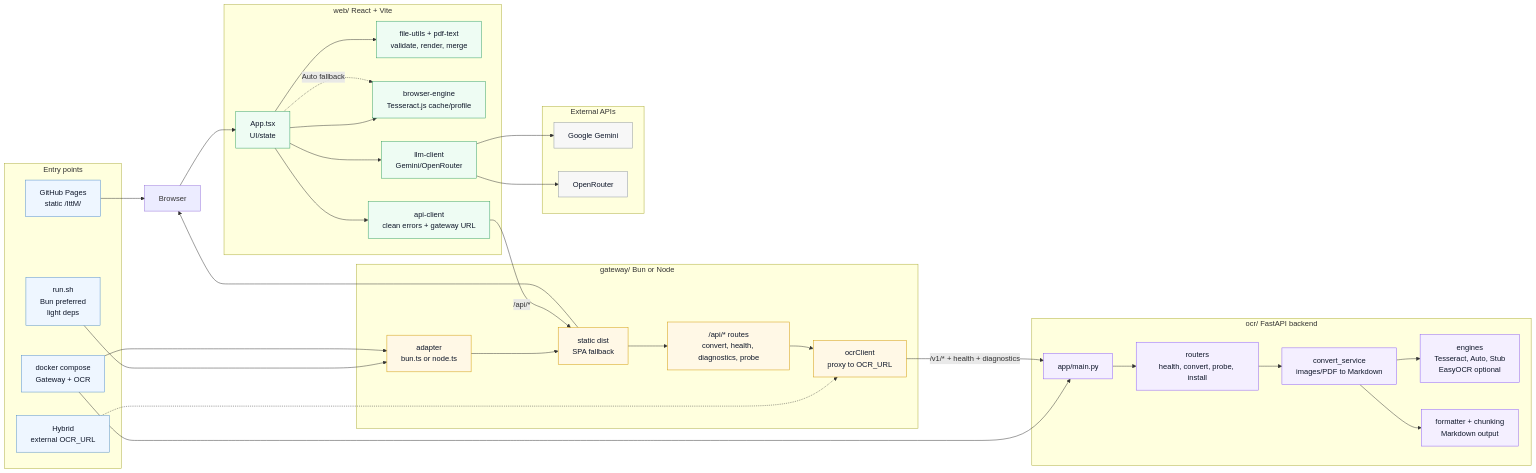
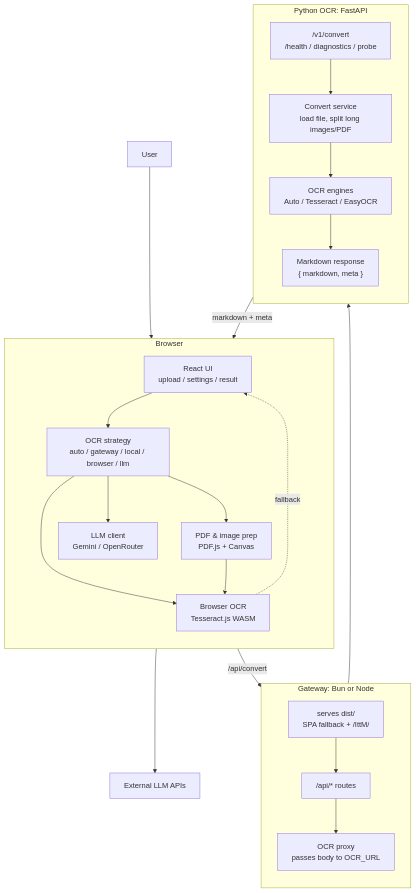
The diagram in README.md (AI-paca/IttM), drawn with Mermaid before and after one commit. The commit also changed other lines of this file and 11 other files, not shown here.

Commit message:
refactor(ui): split App

````diff
--- a/README.md
+++ b/README.md
@@ -95,80 +92,50 @@
 ```mermaid
-flowchart LR
-    Browser["Browser"]
+flowchart TB
+    User["User"]
 
-    subgraph Entry ["Entry points"]
-        Pages["GitHub Pages\nstatic /IttM/"]
-        Run["run.sh\nBun preferred\nlight deps"]
-        Compose["docker compose\nGateway + OCR"]
-        Hybrid["Hybrid\nexternal OCR_URL"]
+    subgraph Browser["Browser"]
+        direction TB
+        UI["React UI<br/>upload / settings / result"]
+        Strategy["OCR strategy<br/>auto / gateway / local / browser / llm"]
+        Pdf["PDF & image prep<br/>PDF.js + Canvas"]
+        BrowserOcr["Browser OCR<br/>Tesseract.js WASM"]
+        Llm["LLM client<br/>Gemini / OpenRouter"]
+
+        UI --> Strategy
+        Strategy --> Pdf
+        Strategy --> BrowserOcr
+        Pdf --> BrowserOcr
+        Strategy --> Llm
     end
 
-    subgraph Web ["web/ React + Vite"]
-        App["App.tsx\nUI/state"]
-        Files["file-utils + pdf-text\nvalidate, render, merge"]
-        BrowserOCR["browser-engine\nTesseract.js cache/profile"]
-        ApiClient["api-client\nclean errors + gateway URL"]
-        LlmClient["llm-client\nGemini/OpenRouter"]
+    subgraph Gateway["Gateway: Bun or Node"]
+        direction TB
+        Static["serves dist/<br/>SPA fallback + /IttM/"]
+        Routes["/api/* routes"]
+        Proxy["OCR proxy<br/>passes body to OCR_URL"]
+
+        Static --> Routes
+        Routes --> Proxy
     end
 
-    subgraph Gateway ["gateway/ Bun or Node"]
-        Adapter["adapter\nbun.ts or node.ts"]
-        Static["static dist\nSPA fallback"]
-        Routes["/api/* routes\nconvert, health, diagnostics, probe"]
-        Proxy["ocrClient\nproxy to OCR_URL"]
+    subgraph Python["Python OCR: FastAPI"]
+        direction TB
+        Api["/v1/convert<br/>/health / diagnostics / probe"]
+        Convert["Convert service<br/>load file, split long images/PDF"]
+        Engines["OCR engines<br/>Auto / Tesseract / EasyOCR"]
+        Markdown["Markdown response<br/>{ markdown, meta }"]
+
+        Api --> Convert
+        Convert --> Engines
+        Engines --> Markdown
     end
 
-    subgraph OCR ["ocr/ FastAPI backend"]
-        FastAPI["app/main.py"]
-        Routers["routers\nhealth, convert, probe, install"]
-        Convert["convert_service\nimages/PDF to Markdown"]
-        Engines["engines\nTesseract, Auto, Stub\nEasyOCR optional"]
-        Markdown["formatter + chunking\nMarkdown output"]
-    end
+    External["External LLM APIs"]
 
-    subgraph APIs ["External APIs"]
-        Gemini["Google Gemini"]
-        OpenRouter["OpenRouter"]
-    end
-
-    Pages --> Browser
-    Run --> Adapter
-    Compose --> Adapter
-    Compose --> FastAPI
-    Hybrid -.-> Proxy
-
-    Adapter --> Static
-    Static --> Browser
-    Browser --> App
-
-    App --> Files
-    App --> ApiClient
-    App --> BrowserOCR
-    App --> LlmClient
-
-    ApiClient -->|/api/*| Static
-    Static --> Routes
-    Routes --> Proxy
-    Proxy -->|/v1/* + health + diagnostics| FastAPI
-
-    FastAPI --> Routers
-    Routers --> Convert
-    Convert --> Engines
-    Convert --> Markdown
-
-    LlmClient --> Gemini
-    LlmClient --> OpenRouter
-    App -.->|Auto fallback| BrowserOCR
-
-    classDef entry fill:#eef6ff,stroke:#4f8cc9,color:#0f172a
-    classDef web fill:#eefcf3,stroke:#2f9e62,color:#0f172a
-    classDef gateway fill:#fff8e6,stroke:#d19700,color:#0f172a
-    classDef backend fill:#f4efff,stroke:#8b5cf6,color:#0f172a
-    classDef external fill:#f7f7f7,stroke:#8b949e,color:#0f172a
-
-    class Pages,Run,Compose,Hybrid entry
-    class App,Files,BrowserOCR,ApiClient,LlmClient web
-    class Adapter,Static,Routes,Proxy gateway
-    class FastAPI,Routers,Convert,Engines,Markdown backend
-    class Gemini,OpenRouter external
+    User --> UI
+    Strategy -->|/api/convert| Routes
+    Proxy --> Api
+    Markdown -->|markdown + meta| UI
+    Llm --> External
+    BrowserOcr -.->|fallback| UI
 ```
````
